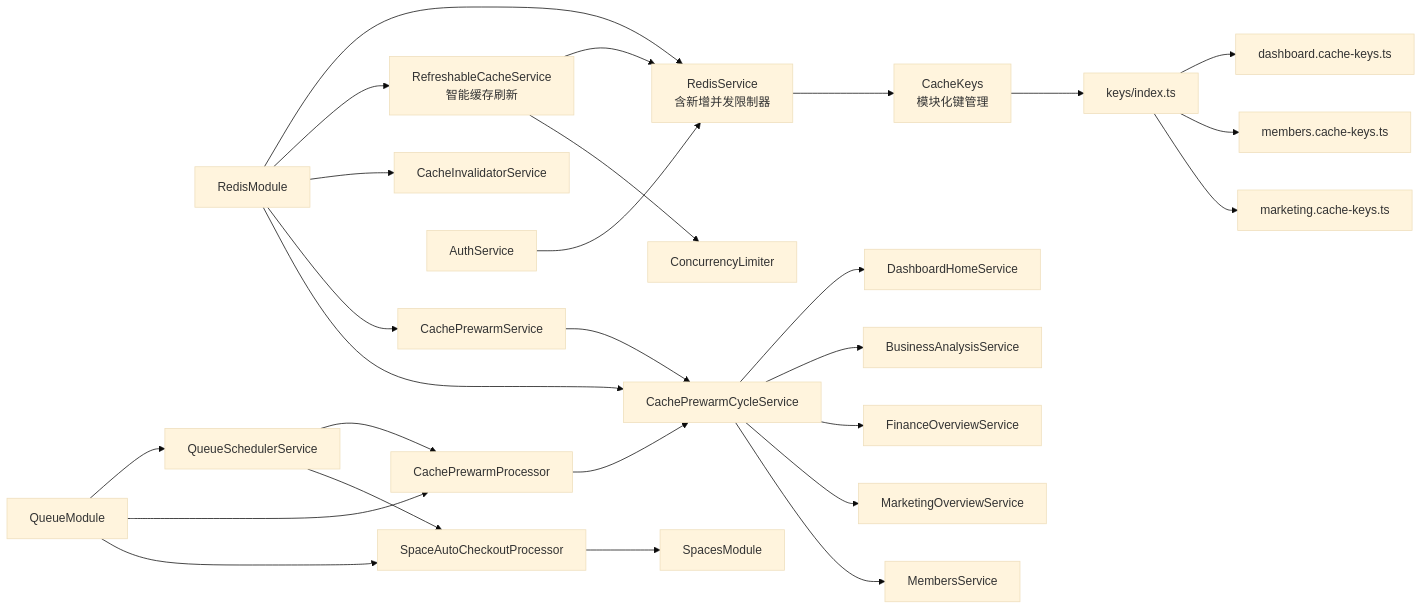
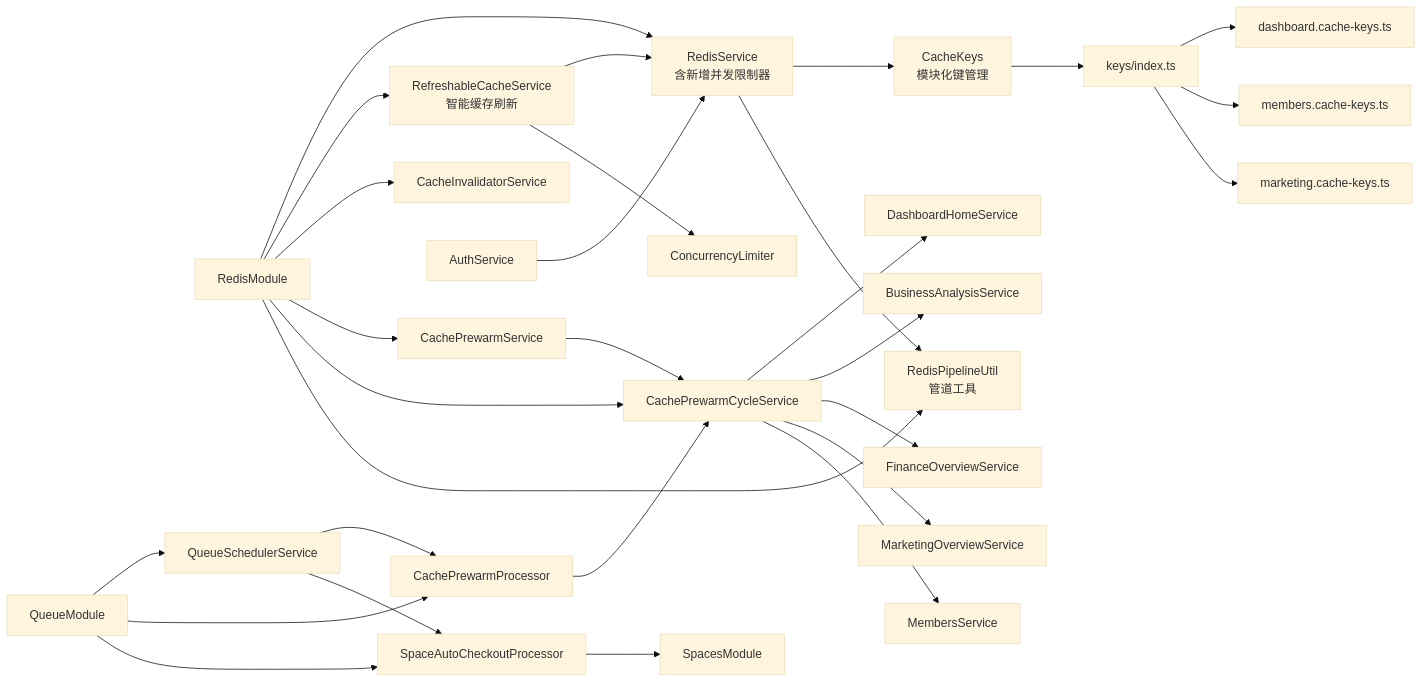
Diagram 12 of 12 in .qoder/repowiki/zh/content/缓存系统/缓存系统.md (rc558620/purelyprofit-server), drawn with Mermaid (base theme) before and after one commit. The commit also changed other lines of this file and 10 other files, not shown here.

````diff
--- a/.qoder/repowiki/zh/content/缓存系统/缓存系统.md
+++ b/.qoder/repowiki/zh/content/缓存系统/缓存系统.md
@@ -892,29 +1035,31 @@
 ```mermaid
 graph LR
 RM["RedisModule"] --> RS["RedisService<br/>含新增并发限制器"]
 RM --> RCS["RefreshableCacheService<br/>智能缓存刷新"]
 RM --> CIS["CacheInvalidatorService"]
 RM --> CPS["CachePrewarmService"]
 RM --> CYCLE["CachePrewarmCycleService"]
+RM --> PIPE["RedisPipelineUtil<br/>管道工具"]
 RCS --> RS
 RCS --> CL["ConcurrencyLimiter"]
 CPS --> CYCLE
 CYCLE --> DHBiz["DashboardHomeService"]
 CYCLE --> BABiz["BusinessAnalysisService"]
 CYCLE --> FOBiz["FinanceOverviewService"]
 CYCLE --> MOBiz["MarketingOverviewService"]
 CYCLE --> MembBiz["MembersService"]
 RS --> CK["CacheKeys<br/>模块化键管理"]
+RS --> PIPE
 AUTH["AuthService"] --> RS
 QM["QueueModule"] --> QS["QueueSchedulerService"]
 QM --> CPQ["CachePrewarmProcessor"]
 QM --> SACQ["SpaceAutoCheckoutProcessor"]
 QS --> CPQ
 QS --> SACQ
 CPQ --> CYCLE
 SACQ --> SPACES["SpacesModule"]
 CK --> KEYS_INDEX["keys/index.ts"]
 KEYS_INDEX --> DASHKEYS["dashboard.cache-keys.ts"]
 KEYS_INDEX --> MEMKEYS["members.cache-keys.ts"]
 KEYS_INDEX --> MKTKEYS["marketing.cache-keys.ts"]
 ```
````
